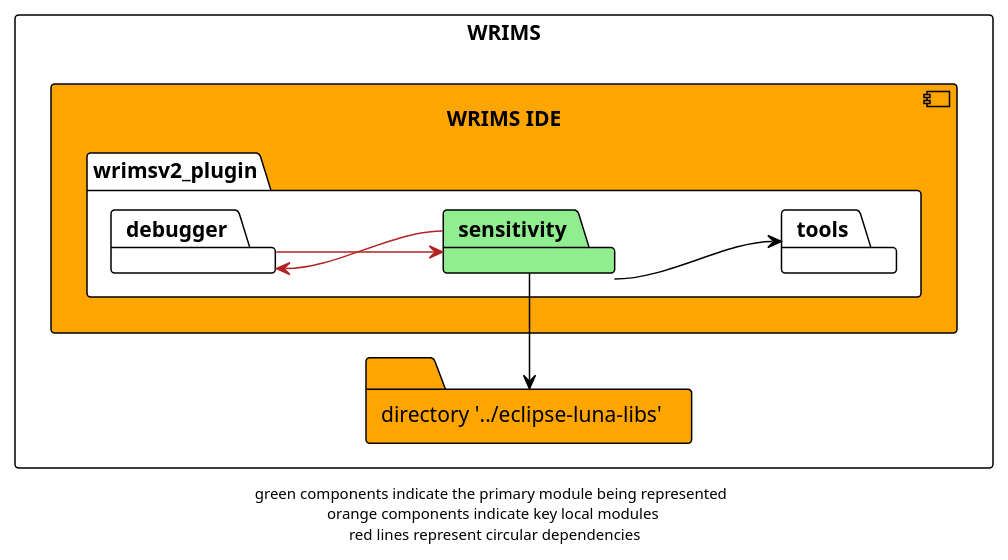
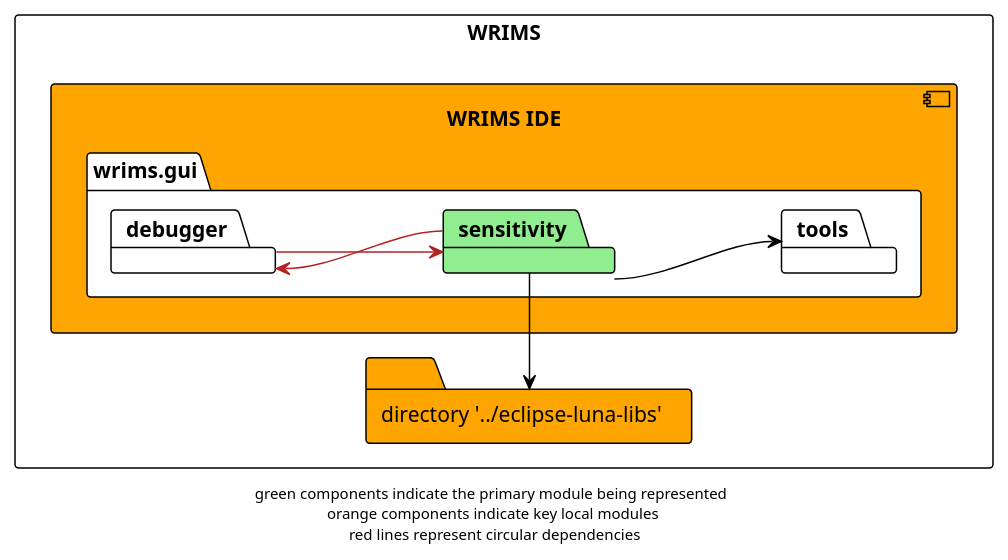
The diagram in docs/diagrams/wrims-modules/wrims-ide/wrims-ide_sensitivity.plantuml (CentralValleyModeling/wrims-gui), drawn with PlantUML before and after one commit. The commit also changed 23 other files, not shown here.

Commit message:
UML diagram updates in-line with package rename

```diff
--- a/docs/diagrams/wrims-modules/wrims-ide/wrims-ide_sensitivity.plantuml
+++ b/docs/diagrams/wrims-modules/wrims-ide/wrims-ide_sensitivity.plantuml
@@ -1,25 +1,25 @@
 @startuml
 
 !theme plain
 left to right direction
 skinparam linetype ortho
 
 rectangle WRIMS {
     component wrims-ide as "WRIMS IDE" #orange {
-        package wrimsv2_plugin {
+        package wrims.gui {
             package sensitivity #lightgreen
             package tools
             package debugger
         }
     }
 
     folder luna_libs as "directory '../eclipse-luna-libs'" #orange
 }
 sensitivity -r-> luna_libs
 sensitivity --> tools
 sensitivity -u-> debugger #firebrick
 
 debugger -> sensitivity #firebrick
 
 footer "green components indicate the primary module being represented \n orange components indicate key local modules \n red lines represent circular dependencies"
 @enduml
```
